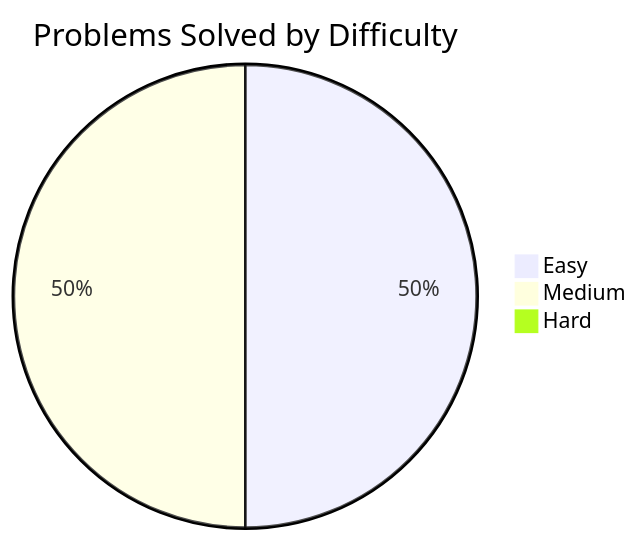
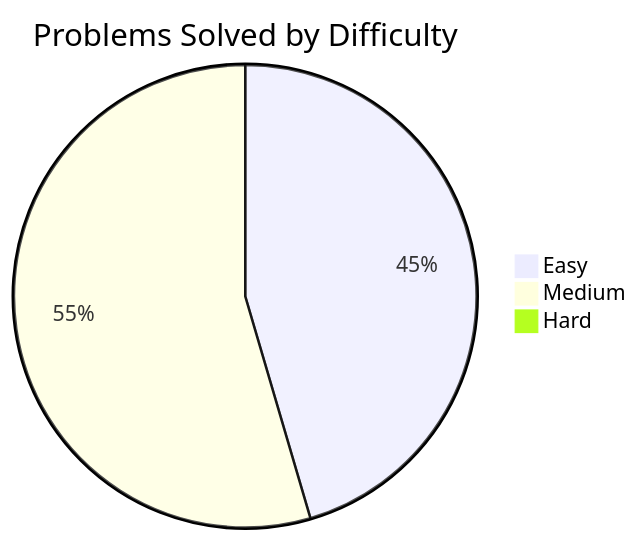
One commit to TheLearnerAllTime002/LeetCode-Progress-Tracker changed the diagram in README.md. Above: the diagram before and after it, drawn with Mermaid. The commit also changed other lines of this file, not shown here.

````diff
--- a/README.md
+++ b/README.md
@@ -25,6 +25,6 @@
 ```mermaid
 pie title Problems Solved by Difficulty
-    "Easy" : 1
-    "Medium" : 1
+    "Easy" : 5
+    "Medium" : 6
     "Hard" : 0
 ```
````
